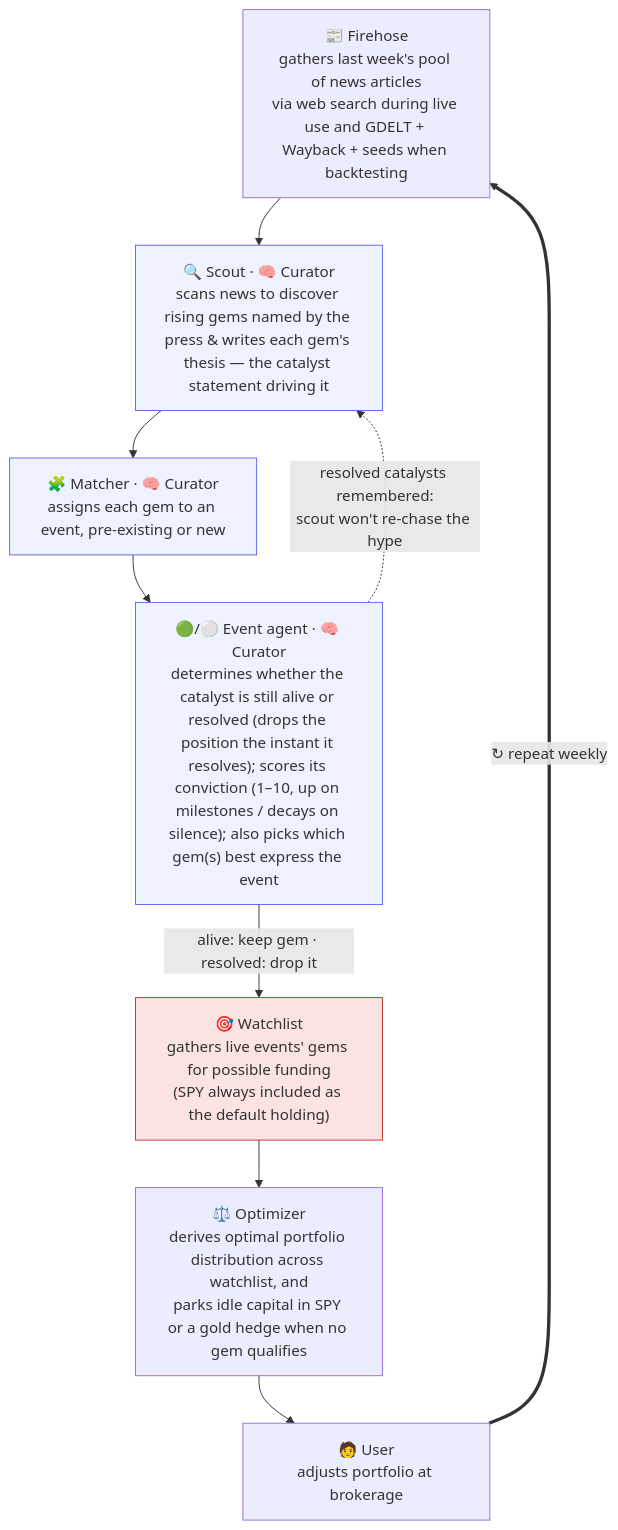
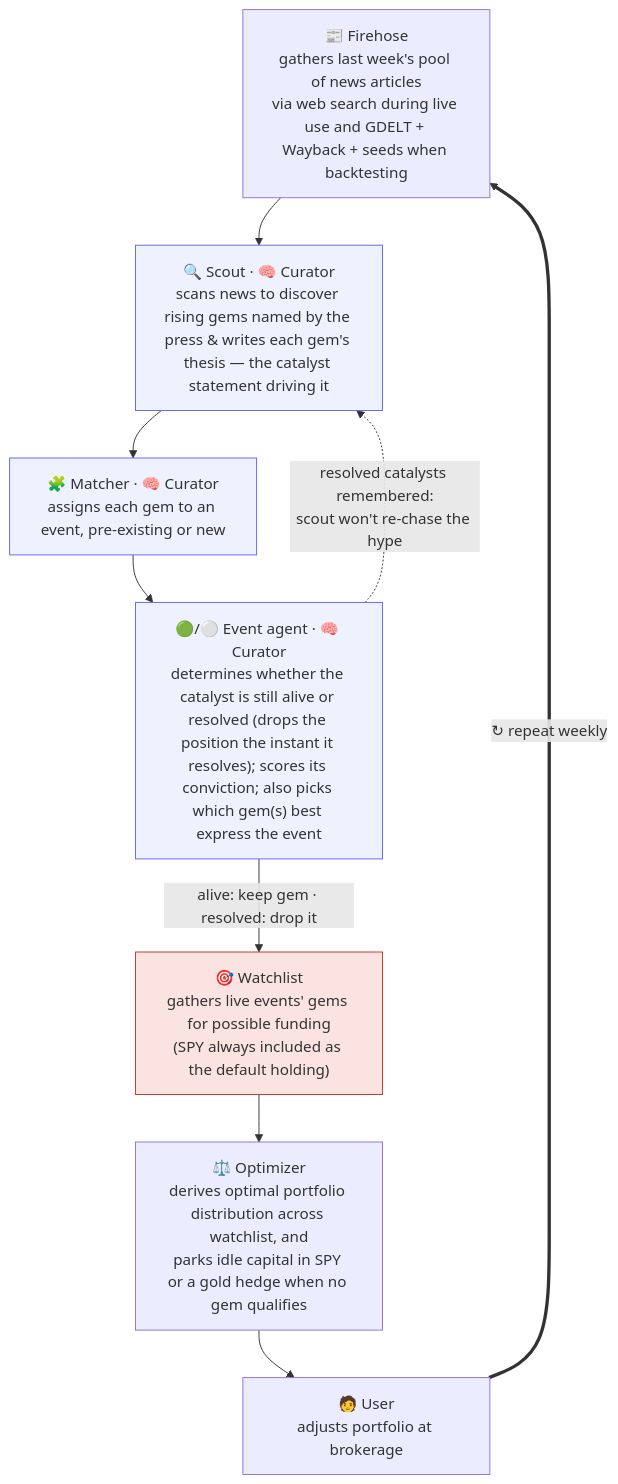
One commit to joehahn/geo-herd-rider changed the first of 2 diagrams in README.md. Above: the diagram before and after it, drawn with Mermaid.

Commit message:
README diagram: trim conviction detail in event-agent box to 'scores its conviction'

````diff
--- a/README.md
+++ b/README.md
@@ -18,24 +18,24 @@
 ```mermaid
 flowchart TD
     S["📰 Firehose<br/>gathers last week's pool of news articles<br/>via web search during live use and GDELT + Wayback + seeds when backtesting"]
     S --> SC
 
     SC["🔍 Scout · 🧠 Curator<br/>scans news to discover rising gems named by the press & writes each gem's thesis — the catalyst statement driving it"]
     MA["🧩 Matcher · 🧠 Curator<br/>assigns each gem to an event, pre-existing or new"]
-    AG["🟢/⚪ Event agent · 🧠 Curator<br/>determines whether the catalyst is still alive or resolved (drops the position the instant it resolves); scores its conviction (1–10, up on milestones / decays on silence); also picks which gem(s) best express the event"]
+    AG["🟢/⚪ Event agent · 🧠 Curator<br/>determines whether the catalyst is still alive or resolved (drops the position the instant it resolves); scores its conviction; also picks which gem(s) best express the event"]
     SC --> MA --> AG
 
     E["🎯 Watchlist<br/>gathers live events' gems for possible funding<br/>(SPY always included as the default holding)"]
     W["⚖️ Optimizer<br/>derives optimal portfolio distribution across watchlist, and<br/>parks idle capital in SPY or a gold hedge when no gem qualifies"]
     U["🧑 User<br/>adjusts portfolio at brokerage"]
 
     AG -- "alive: keep gem · resolved: drop it" --> E
     AG -. "resolved catalysts remembered:<br/>scout won't re-chase the hype" .-> SC
     E --> W --> U
     U == "↻ repeat weekly" ==> S
 
     classDef cur fill:#eef2ff,stroke:#6366f1;
     class SC,MA,AG cur
     classDef bet fill:#fae3e0,stroke:#c0392b;
     class E bet
 ```
````
